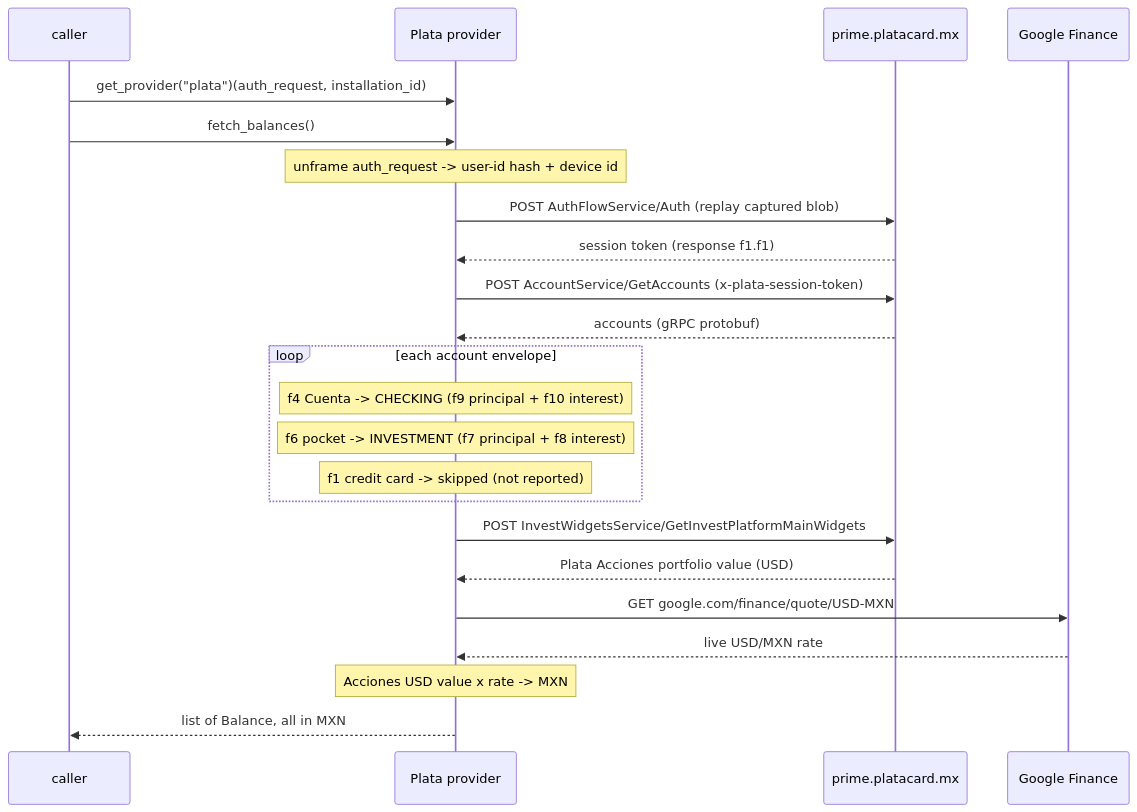
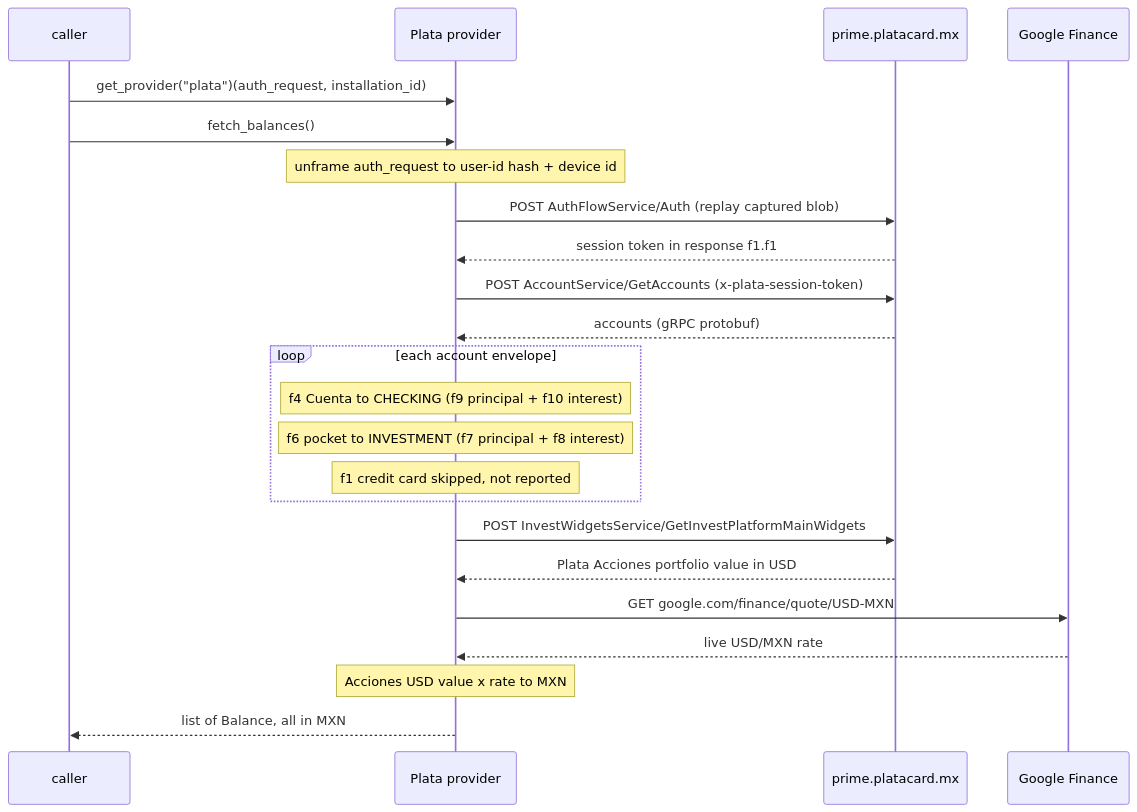
Before and after one commit to PaoloReyes/finscraper-mx: the second of 2 diagrams in docs/flows/plata.md, drawn with Mermaid. The commit also changed other lines of this file and 8 other files, not shown here.

Commit message:
docs/flows: one structure across providers; fix Klar mermaid

````diff
--- a/docs/flows/plata.md
+++ b/docs/flows/plata.md
@@ -70,26 +45,26 @@
 ```mermaid
 sequenceDiagram
   participant C as caller
   participant P as Plata provider
   participant S as prime.platacard.mx
   participant G as Google Finance
 
   C->>P: get_provider("plata")(auth_request, installation_id)
   C->>P: fetch_balances()
-  Note over P: unframe auth_request -> user-id hash + device id
-  P->>S: POST AuthFlowService/Auth  (replay captured blob)
-  S-->>P: session token  (response f1.f1)
-  P->>S: POST AccountService/GetAccounts  (x-plata-session-token)
+  Note over P: unframe auth_request to user-id hash + device id
+  P->>S: POST AuthFlowService/Auth (replay captured blob)
+  S-->>P: session token in response f1.f1
+  P->>S: POST AccountService/GetAccounts (x-plata-session-token)
   S-->>P: accounts (gRPC protobuf)
   loop each account envelope
-    Note over P: f4 Cuenta -> CHECKING (f9 principal + f10 interest)
-    Note over P: f6 pocket -> INVESTMENT (f7 principal + f8 interest)
-    Note over P: f1 credit card -> skipped (not reported)
+    Note over P: f4 Cuenta to CHECKING (f9 principal + f10 interest)
+    Note over P: f6 pocket to INVESTMENT (f7 principal + f8 interest)
+    Note over P: f1 credit card skipped, not reported
   end
   P->>S: POST InvestWidgetsService/GetInvestPlatformMainWidgets
-  S-->>P: Plata Acciones portfolio value (USD)
+  S-->>P: Plata Acciones portfolio value in USD
   P->>G: GET google.com/finance/quote/USD-MXN
   G-->>P: live USD/MXN rate
-  Note over P: Acciones USD value x rate -> MXN
+  Note over P: Acciones USD value x rate to MXN
   P-->>C: list of Balance, all in MXN
 ```
````
